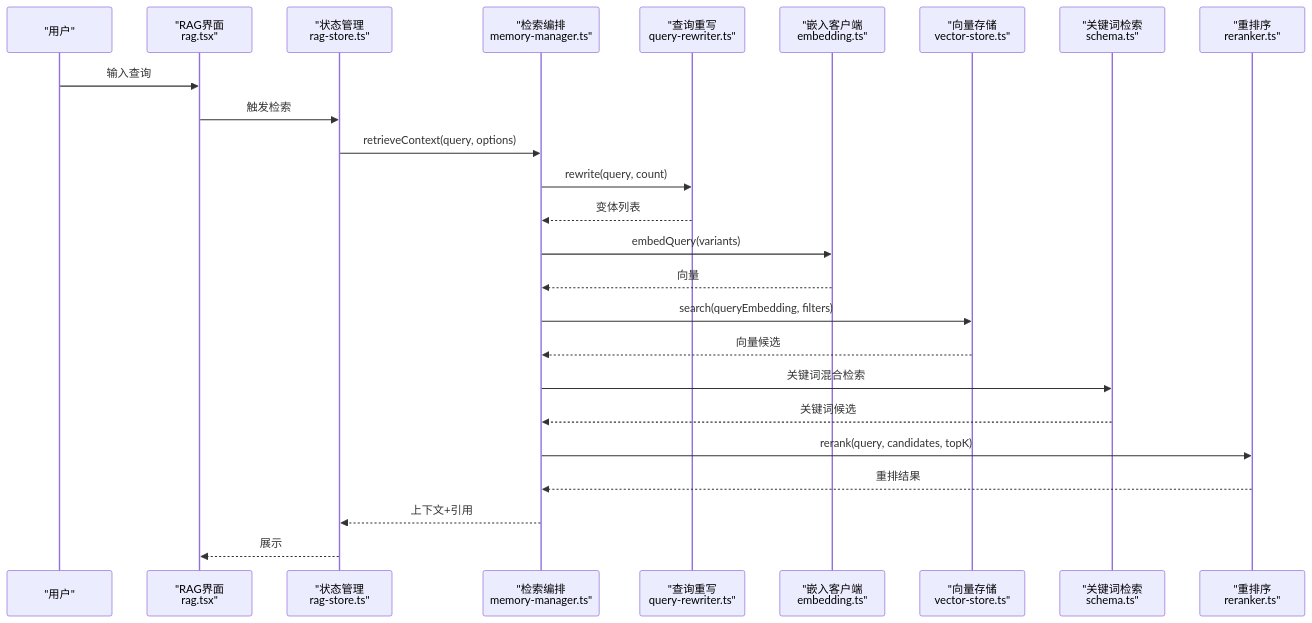
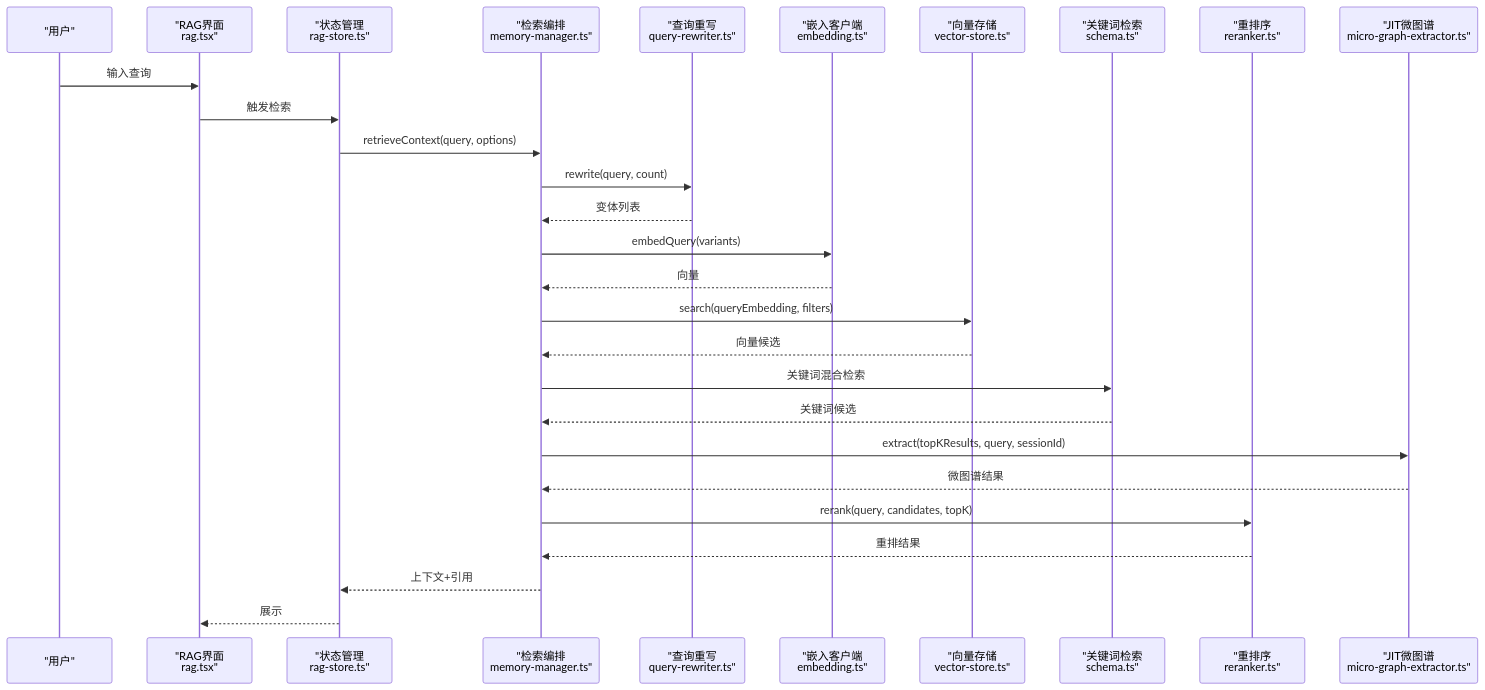
One commit to NarcisWL/Nexara changed the second of 10 diagrams in .qoder/repowiki/zh/content/项目概述/核心功能特性/RAG知识引擎.md. Above: the diagram before and after it, drawn with Mermaid. The commit also changed other lines of this file and 6 other files, not shown here.

````diff
--- a/.qoder/repowiki/zh/content/项目概述/核心功能特性/RAG知识引擎.md
+++ b/.qoder/repowiki/zh/content/项目概述/核心功能特性/RAG知识引擎.md
@@ -125,27 +138,30 @@
 ```mermaid
 sequenceDiagram
 participant U as "用户"
 participant UI as "RAG界面<br/>rag.tsx"
 participant Store as "状态管理<br/>rag-store.ts"
 participant MM as "检索编排<br/>memory-manager.ts"
 participant Rew as "查询重写<br/>query-rewriter.ts"
 participant Emb as "嵌入客户端<br/>embedding.ts"
 participant VS as "向量存储<br/>vector-store.ts"
 participant KR as "关键词检索<br/>schema.ts"
 participant Rer as "重排序<br/>reranker.ts"
+participant JIT as "JIT微图谱<br/>micro-graph-extractor.ts"
 U->>UI : 输入查询
 UI->>Store : 触发检索
 Store->>MM : retrieveContext(query, options)
 MM->>Rew : rewrite(query, count)
 Rew-->>MM : 变体列表
 MM->>Emb : embedQuery(variants)
 Emb-->>MM : 向量
 MM->>VS : search(queryEmbedding, filters)
 VS-->>MM : 向量候选
 MM->>KR : 关键词混合检索
 KR-->>MM : 关键词候选
+MM->>JIT : extract(topKResults, query, sessionId)
+JIT-->>MM : 微图谱结果
 MM->>Rer : rerank(query, candidates, topK)
 Rer-->>MM : 重排结果
 MM-->>Store : 上下文+引用
 Store-->>UI : 展示
 ```
````
